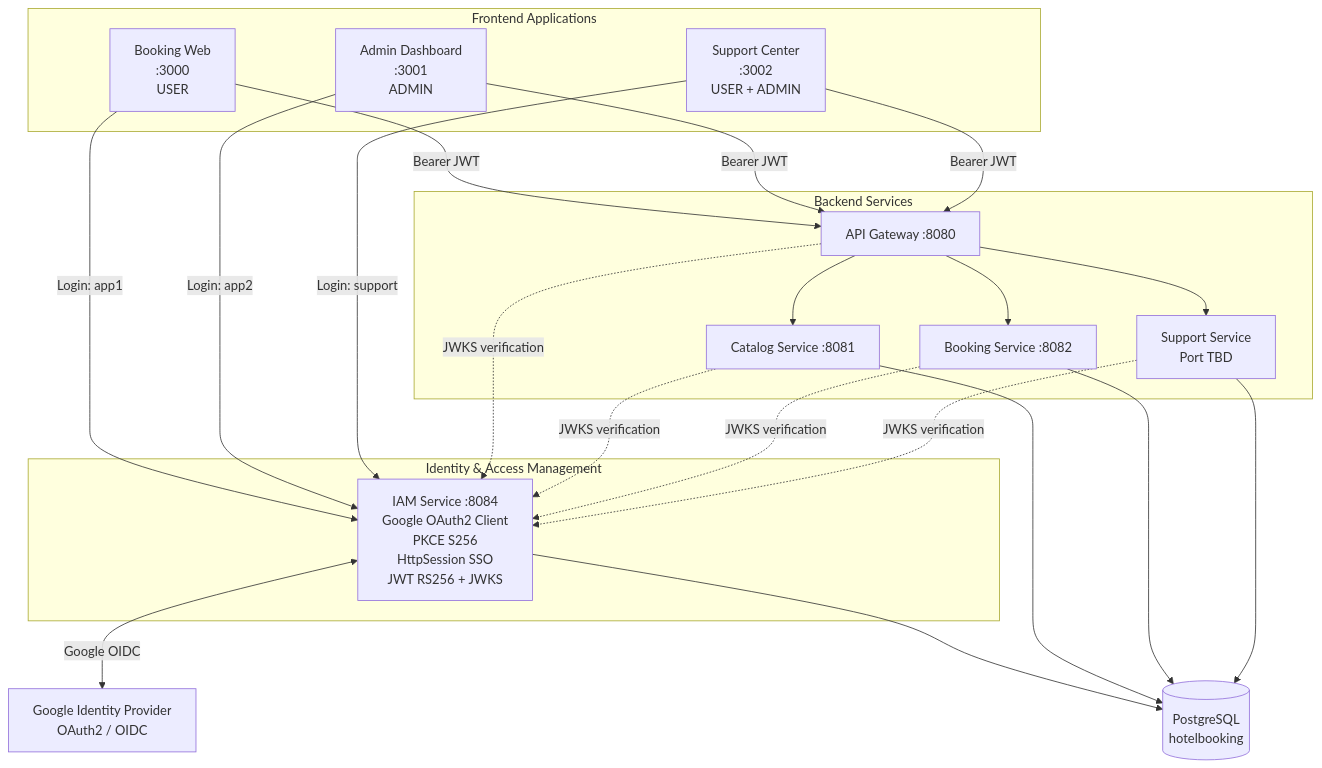
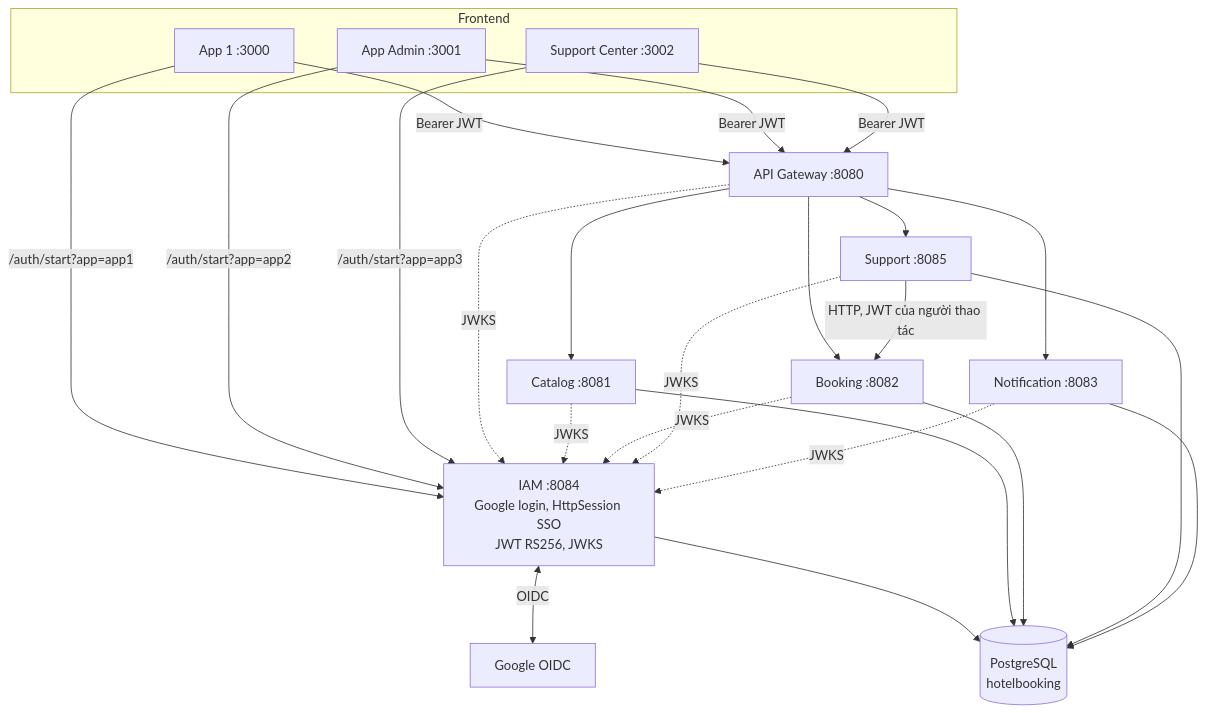
One commit to oabga/HotelBookingSystem changed the first of 4 diagrams in backend/docs/documents/architecture.md. Above: the diagram before and after it, drawn with Mermaid. The commit also changed other lines of this file and 21 other files, not shown here.

````diff
--- a/backend/docs/documents/architecture.md
+++ b/backend/docs/documents/architecture.md
@@ -114,47 +40,39 @@
 ```mermaid
 flowchart TB
-    G["Google Identity Provider<br/>OAuth2 / OIDC"]
-
-    subgraph FE["Frontend Applications"]
-        B["Booking Web<br/>:3000<br/>USER"]
-        A["Admin Dashboard<br/>:3001<br/>ADMIN"]
-        S["Support Center<br/>:3002<br/>USER + ADMIN"]
+    G["Google OIDC"]
+    subgraph FE["Frontend"]
+        A1["App 1 :3000"]
+        A2["App Admin :3001"]
+        A3["Support Center :3002"]
     end
-
-    subgraph AUTH["Identity & Access Management"]
-        IAM["IAM Service :8084<br/>Google OAuth2 Client<br/>PKCE S256<br/>HttpSession SSO<br/>JWT RS256 + JWKS"]
-    end
-
-    subgraph BE["Backend Services"]
-        GW["API Gateway :8080"]
-        C["Catalog Service :8081"]
-        BK["Booking Service :8082"]
-        SP["Support Service<br/>Port TBD"]
-    end
-
+    IAM["IAM :8084<br/>Google login, HttpSession SSO<br/>JWT RS256, JWKS"]
+    GW["API Gateway :8080"]
+    C["Catalog :8081"]
+    B["Booking :8082"]
+    S["Support :8085"]
+    N["Notification :8083"]
     DB[("PostgreSQL<br/>hotelbooking")]
 
-    B -->|"Login: app1"| IAM
-    A -->|"Login: app2"| IAM
-    S -->|"Login: support"| IAM
-
-    IAM <-->|"Google OIDC"| G
-
-    B -->|"Bearer JWT"| GW
-    A -->|"Bearer JWT"| GW
-    S -->|"Bearer JWT"| GW
-
+    A1 -->|"/auth/start?app=app1"| IAM
+    A2 -->|"/auth/start?app=app2"| IAM
+    A3 -->|"/auth/start?app=app3"| IAM
+    IAM <-->|"OIDC"| G
+    A1 -->|"Bearer JWT"| GW
+    A2 -->|"Bearer JWT"| GW
+    A3 -->|"Bearer JWT"| GW
     GW --> C
-    GW --> BK
-    GW --> SP
-
-    GW -.->|"JWKS verification"| IAM
-    C -.->|"JWKS verification"| IAM
-    BK -.->|"JWKS verification"| IAM
-    SP -.->|"JWKS verification"| IAM
-
+    GW --> B
+    GW --> S
+    GW --> N
+    S -->|"HTTP, JWT của người thao tác"| B
+    GW -.->|"JWKS"| IAM
+    C -.->|"JWKS"| IAM
+    B -.->|"JWKS"| IAM
+    S -.->|"JWKS"| IAM
+    N -.->|"JWKS"| IAM
     IAM --> DB
     C --> DB
-    BK --> DB
-    SP --> DB
+    B --> DB
+    S --> DB
+    N --> DB
 ```
````
